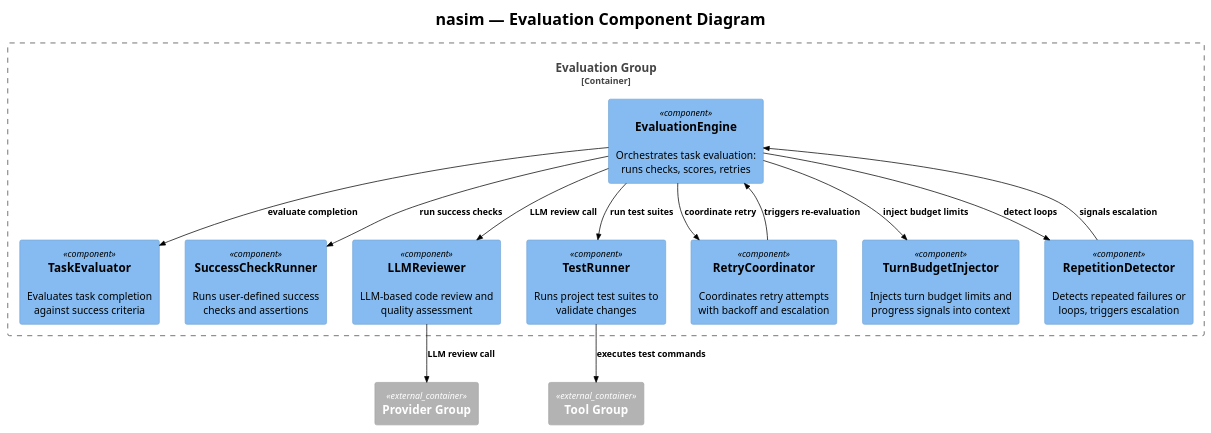
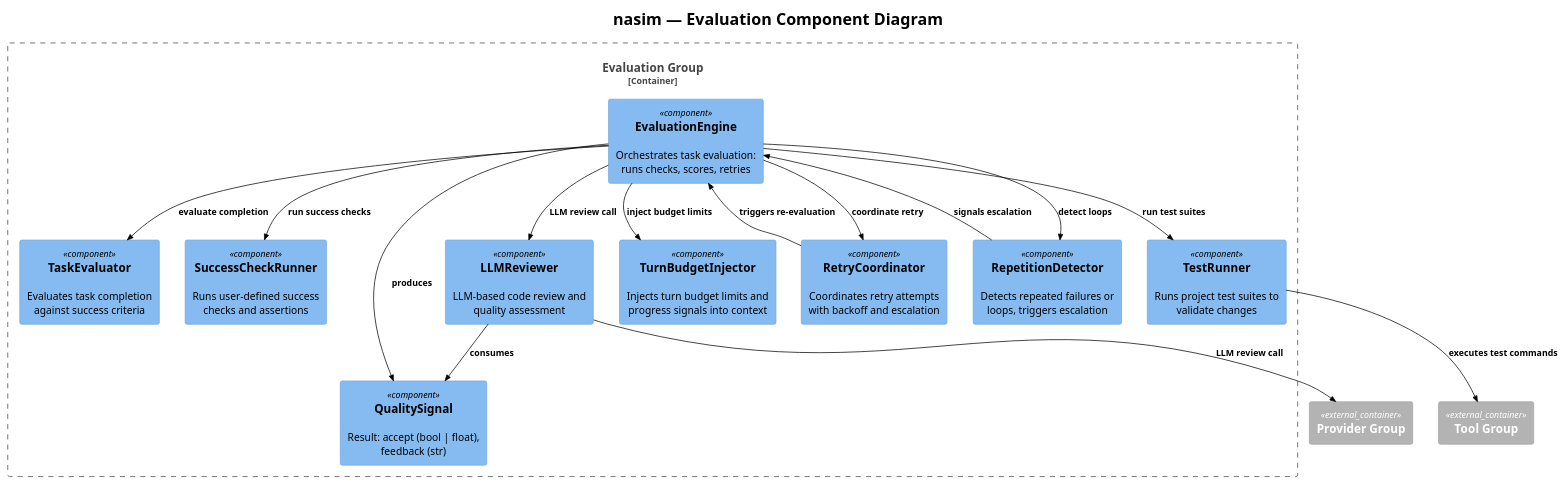
The diagram in docs/C4/c4_nasim_component_evaluation.puml (salimnamvar/nasim), drawn with PlantUML before and after one commit. The commit also changed 10 other files, not shown here.

```diff
--- a/docs/C4/c4_nasim_component_evaluation.puml
+++ b/docs/C4/c4_nasim_component_evaluation.puml
@@ -1,44 +1,47 @@
 @startuml c4_nasim_component_evaluation
 !include https://raw.githubusercontent.com/plantuml-stdlib/C4-PlantUML/v2.10.0/C4_Component.puml
 !theme plain
 
 
 ' ============================================================
 ' Title:     nasim — Evaluation Component Diagram
 ' Boundary:  nasim core library — Evaluation group
 ' Purpose:   Task evaluation: success checks, LLM review, testing, retry coordination
 ' Milestone: v1.0
 ' Version:   6.0.0
 ' Source:    docs/audit/audit.2026.06.20.deep.domain.audit.md
 ' Review:    —
 ' ============================================================
 
 title nasim — Evaluation Component Diagram
 
 Container_Boundary(evaluation_boundary, "Evaluation Group") {
     Component(eval_engine, "EvaluationEngine", "", "Orchestrates task evaluation: runs checks, scores, retries")
     Component(task_evaluator, "TaskEvaluator", "", "Evaluates task completion against success criteria")
     Component(success_check_runner, "SuccessCheckRunner", "", "Runs user-defined success checks and assertions")
     Component(llm_reviewer, "LLMReviewer", "", "LLM-based code review and quality assessment")
     Component(test_runner, "TestRunner", "", "Runs project test suites to validate changes")
     Component(retry_coordinator, "RetryCoordinator", "", "Coordinates retry attempts with backoff and escalation")
     Component(repetition_detector, "RepetitionDetector", "", "Detects repeated failures or loops, triggers escalation")
     Component(turn_budget_injector, "TurnBudgetInjector", "", "Injects turn budget limits and progress signals into context")
+    Component(quality_signal, "QualitySignal", "", "Result: accept (bool | float), feedback (str)")
 }
 
 Container_Ext(provider_group, "Provider Group")
 Container_Ext(tool_group, "Tool Group")
 
 Rel(eval_engine, task_evaluator, "evaluate completion")
 Rel(eval_engine, success_check_runner, "run success checks")
 Rel(eval_engine, llm_reviewer, "LLM review call")
 Rel(eval_engine, test_runner, "run test suites")
 Rel(eval_engine, retry_coordinator, "coordinate retry")
 Rel(eval_engine, repetition_detector, "detect loops")
 Rel(eval_engine, turn_budget_injector, "inject budget limits")
 Rel(llm_reviewer, provider_group, "LLM review call")
 Rel(test_runner, tool_group, "executes test commands")
 Rel(retry_coordinator, eval_engine, "triggers re-evaluation")
 Rel(repetition_detector, eval_engine, "signals escalation")
+Rel(eval_engine, quality_signal, "produces")
+Rel(llm_reviewer, quality_signal, "consumes")
 
 @enduml
```
